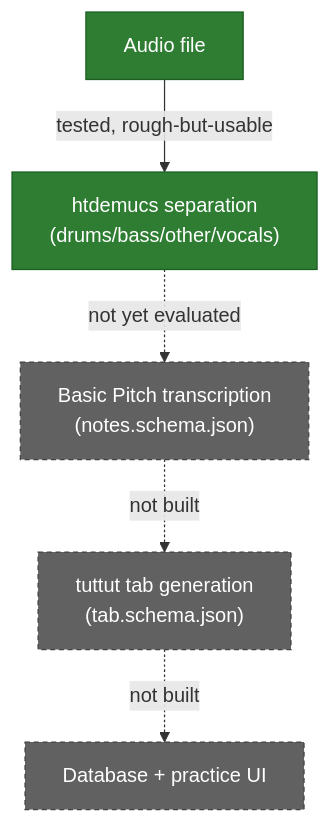
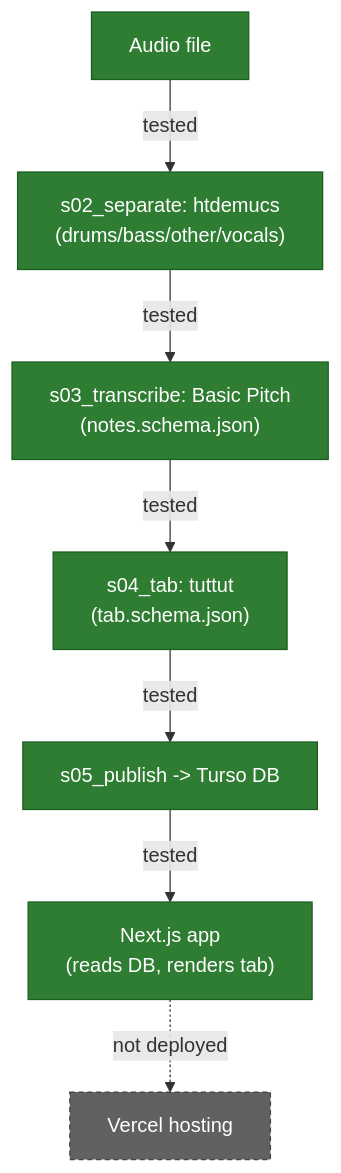
One commit to Tomekks/Music-tab-processor changed the diagram in docs/ARCHITECTURE.md. Above: the diagram before and after it, drawn with Mermaid. The commit also changed other lines of this file and 30 other files, not shown here.

First line of the commit message:
Add Next.js app + Turso database + s05_publish: full stack now works end-to-end

````diff
--- a/docs/ARCHITECTURE.md
+++ b/docs/ARCHITECTURE.md
@@ -15,12 +17,14 @@
 ```mermaid
 flowchart TD
-    A[Audio file] -->|tested, rough-but-usable| B["htdemucs separation\n(drums/bass/other/vocals)"]
-    B -.->|not yet evaluated| C["Basic Pitch transcription\n(notes.schema.json)"]
-    C -.->|not built| D["tuttut tab generation\n(tab.schema.json)"]
-    D -.->|not built| E[Database + practice UI]
+    A[Audio file] -->|tested| B["s02_separate: htdemucs\n(drums/bass/other/vocals)"]
+    B -->|tested| C["s03_transcribe: Basic Pitch\n(notes.schema.json)"]
+    C -->|tested| D["s04_tab: tuttut\n(tab.schema.json)"]
+    D -->|tested| E["s05_publish -> Turso DB"]
+    E -->|tested| F["Next.js app\n(reads DB, renders tab)"]
+    F -.->|not deployed| G[Vercel hosting]
 
     classDef tested fill:#2e7d32,stroke:#1b5e20,color:#fff
     classDef untested fill:#616161,stroke:#424242,color:#fff,stroke-dasharray: 4 3
-    class A,B tested
-    class C,D,E untested
+    class A,B,C,D,E,F tested
+    class G untested
 ```
````
